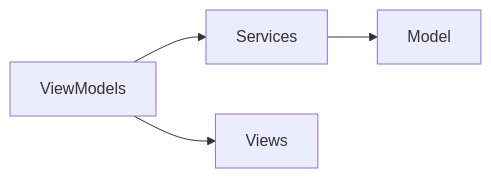
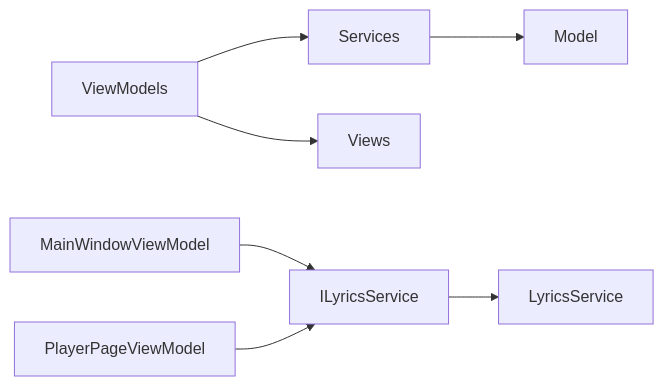
Before and after one commit to mariamjensen42-glitch/LocalMusicPlayer: the sixth of 6 diagrams in .qoder/repowiki/zh/content/架构设计/依赖注入容器.md, drawn with Mermaid. The commit also changed other lines of this file and 23 other files, not shown here.

````diff
--- a/.qoder/repowiki/zh/content/架构设计/依赖注入容器.md
+++ b/.qoder/repowiki/zh/content/架构设计/依赖注入容器.md
@@ -337,6 +400,9 @@
 ```mermaid
 graph LR
 VM["ViewModels"] --> S["Services"]
 S --> M["Model"]
 VM --> V["Views"]
+LY["ILyricsService"] --> LS["LyricsService"]
+VM1["MainWindowViewModel"] --> LY
+VM3["PlayerPageViewModel"] --> LY
 ```
````
